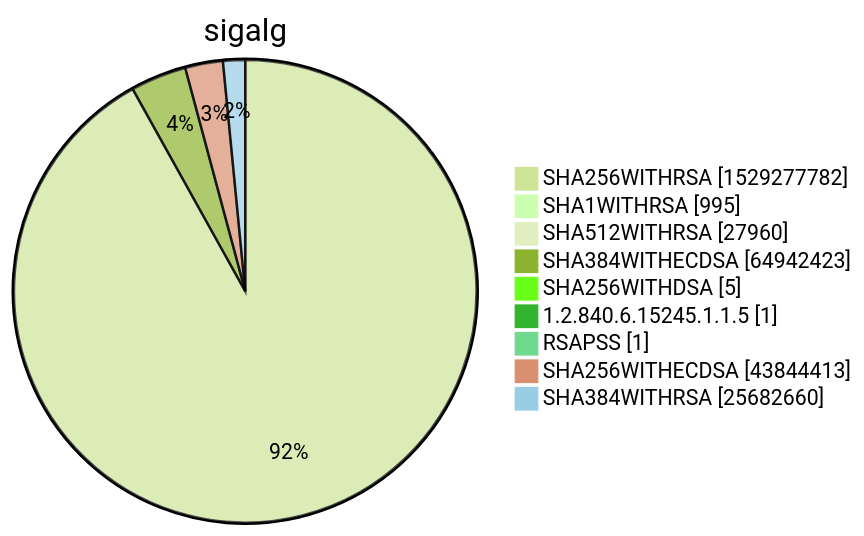
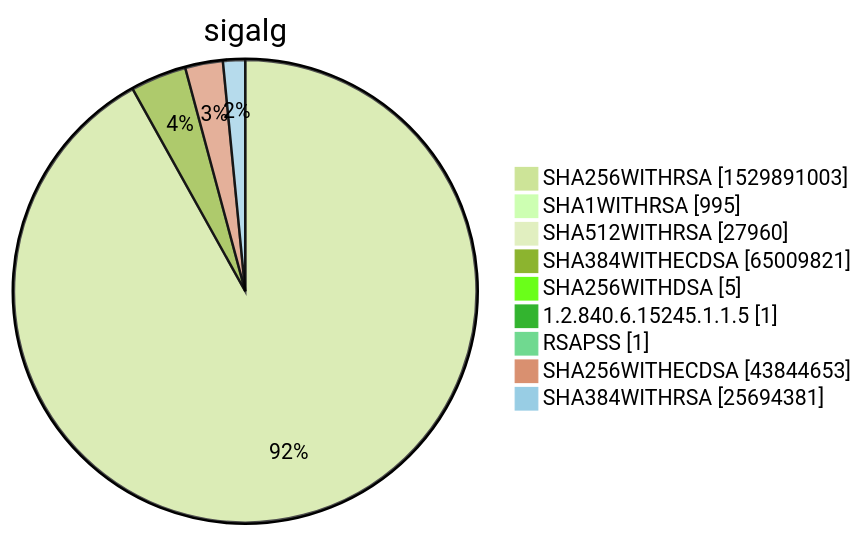
Diagram 15 of 15 in xenon2022/README.md (christiankrug/ctmonitor_visualization), drawn with Mermaid (forest theme) before and after one commit. The commit also changed other lines of this file, not shown here.

````diff
--- a/xenon2022/README.md
+++ b/xenon2022/README.md
@@ -5866,13 +5866,13 @@
 ```mermaid
 pie showData
 title sigalg
-"SHA256WITHRSA" :1529277782
+"SHA256WITHRSA" :1529891003
 "SHA1WITHRSA" :995
 "SHA512WITHRSA" :27960
-"SHA384WITHECDSA" :64942423
+"SHA384WITHECDSA" :65009821
 "SHA256WITHDSA" :5
 "1.2.840.6.15245.1.1.5" :1
 "RSAPSS" :1
-"SHA256WITHECDSA" :43844413
-"SHA384WITHRSA" :25682660
+"SHA256WITHECDSA" :43844653
+"SHA384WITHRSA" :25694381
 ```
````
